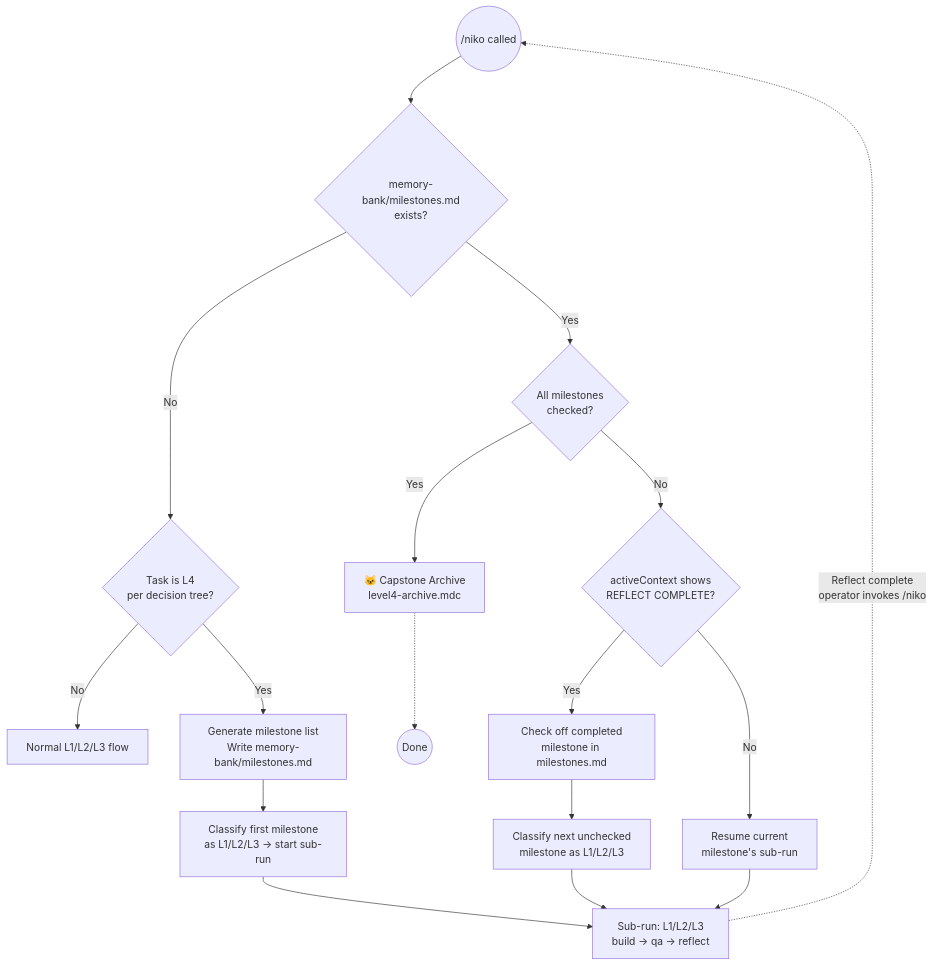
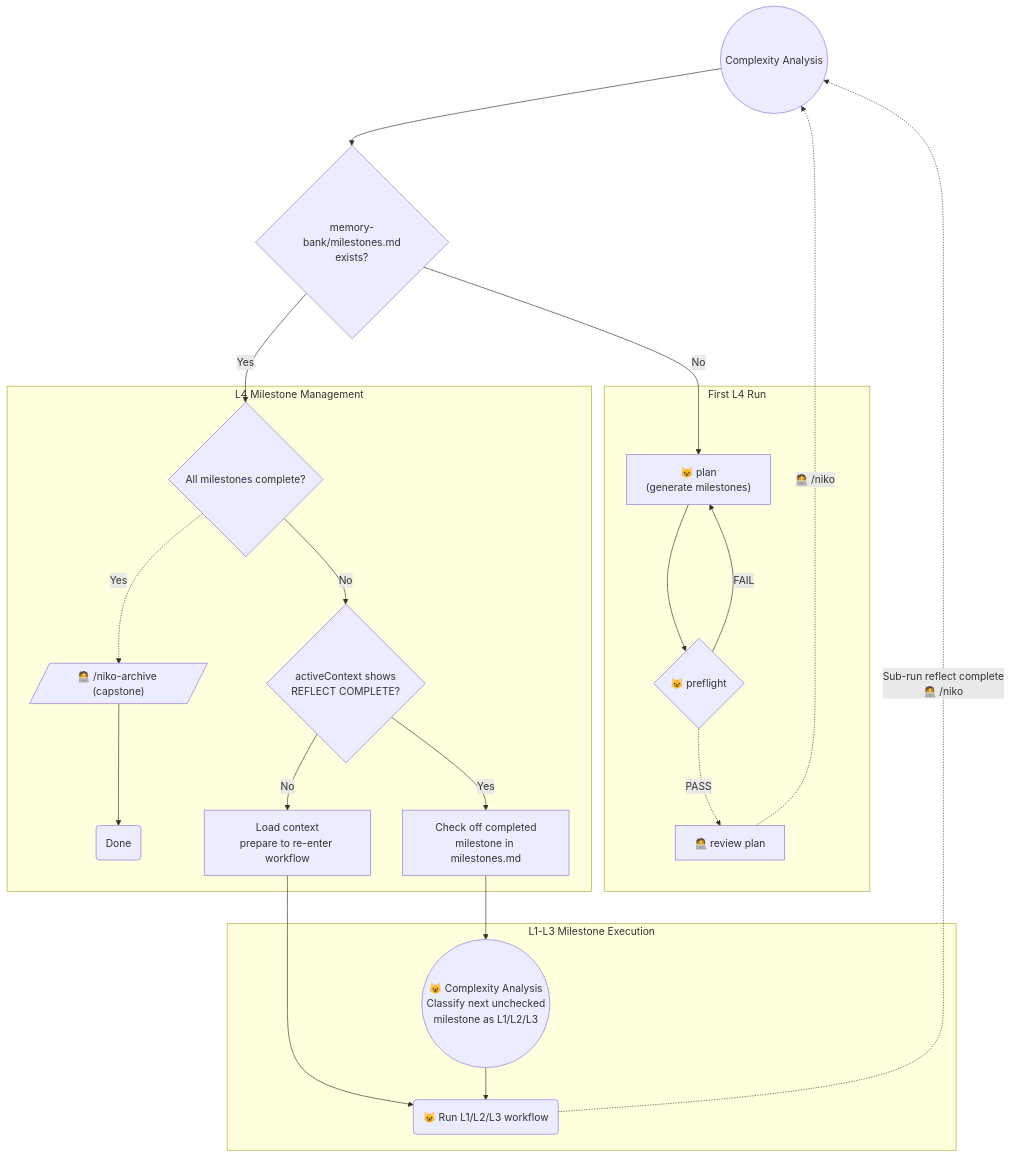
Before and after one commit to Texarkanine/.cursor-rules: the diagram in memory-bank/tasks.md, drawn with Mermaid. The commit also changed other lines of this file and 3 other files, not shown here.

Commit message:
feat(niko2): add level4-plan.mdc and milestones.mdc

````diff
--- a/memory-bank/tasks.md
+++ b/memory-bank/tasks.md
@@ -15,23 +13,47 @@
 ```mermaid
 graph TD
-    Start(("/niko called")) --> Check{"memory-bank/milestones.md<br>exists?"}
 
-    Check --"No"--> Q4{"Task is L4<br>per decision tree?"}
-    Q4 --"No"--> Normal["Normal L1/L2/L3 flow"]
-    Q4 --"Yes"--> Generate["Generate milestone list\nWrite memory-bank/milestones.md"]
-    Generate --> FirstSub["Classify first milestone\nas L1/L2/L3 → start sub-run"]
+    Start(("Complexity Analysis"))
+    CheckIfMilestones{"memory-bank/milestones.md<br>exists?"}
 
-    Check --"Yes"--> AllDone{"All milestones<br>checked?"}
-    AllDone --"Yes"--> Capstone["🐱 Capstone Archive\nlevel4-archive.mdc"]
+    subgraph Init["First L4 Run"]
+        NikoPlan["😺 plan<br>(generate milestones)"]
+        NikoPreflight{"😺 preflight"}
+        ManualReview["🧑‍💻 review plan"]
+    end
 
-    AllDone --"No"--> PrevDone{"activeContext shows\nREFLECT COMPLETE?"}
-    PrevDone --"Yes"--> CheckOff["Check off completed\nmilestone in milestones.md"]
-    CheckOff --> NextSub["Classify next unchecked\nmilestone as L1/L2/L3"]
-    PrevDone --"No"--> Resume["Resume current\nmilestone's sub-run"]
+    subgraph ReEntry["L4 Milestone Management"]
+        CheckMilestoneCompletion{"All milestones complete?"}
+        Capstone[/"🧑‍💻 /niko-archive (capstone)"/]
+        Capstone -->Done("Done")
+        PrevDone{"activeContext shows<br>REFLECT COMPLETE?"}
+        CheckOff["Check off completed<br>milestone in milestones.md"]
+        Resume["Load context<br>prepare to re-enter workflow"]
+    end
 
-    FirstSub --> SubFlow["Sub-run: L1/L2/L3\nbuild → qa → reflect"]
-    NextSub --> SubFlow
-    Resume --> SubFlow
-    SubFlow -.->|"Reflect complete\noperator invokes /niko"| Start
-    Capstone -.-> Done(("Done"))
+    subgraph SubWorkflow["L1-L3 Milestone Execution"]
+        NextSub(("😺 Complexity Analysis<br>Classify next unchecked<br>milestone as L1/L2/L3"))
+        SubRun("😺 Run L1/L2/L3 workflow")
+    end
+
+    Start --> CheckIfMilestones
+
+    CheckIfMilestones -->|"No"| NikoPlan
+    NikoPlan --> NikoPreflight
+    NikoPreflight -->|"FAIL"| NikoPlan
+    NikoPreflight -.->|"PASS"| ManualReview
+    ManualReview -.->|"🧑‍💻 /niko"| Start
+
+    CheckIfMilestones -->|"Yes"| CheckMilestoneCompletion
+    CheckMilestoneCompletion -.->|"Yes"| Capstone
+
+    CheckMilestoneCompletion -->|"No"| PrevDone
+    PrevDone --"Yes"--> CheckOff
+    CheckOff --> NextSub
+
+    PrevDone --"No"--> Resume
+    Resume --> SubRun
+
+    NextSub --> SubRun
+    SubRun -.->|"Sub-run reflect complete<br>🧑‍💻 /niko"| Start
 ```
````
